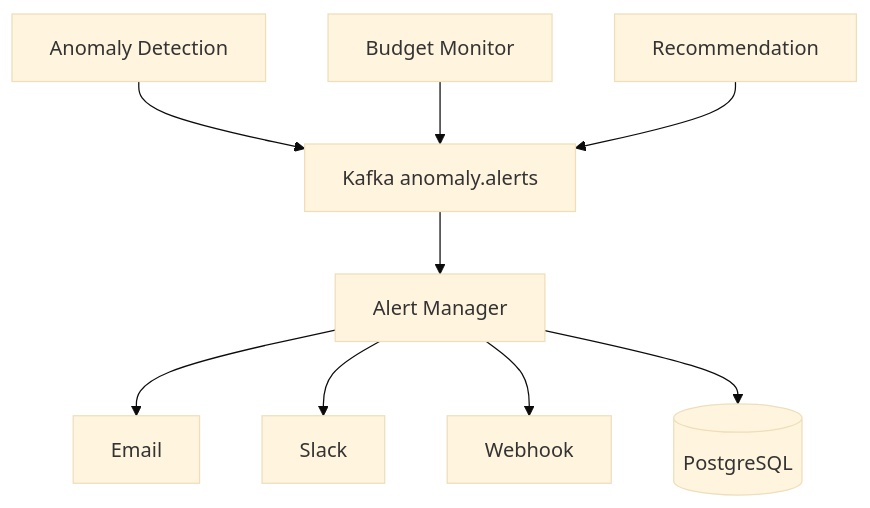
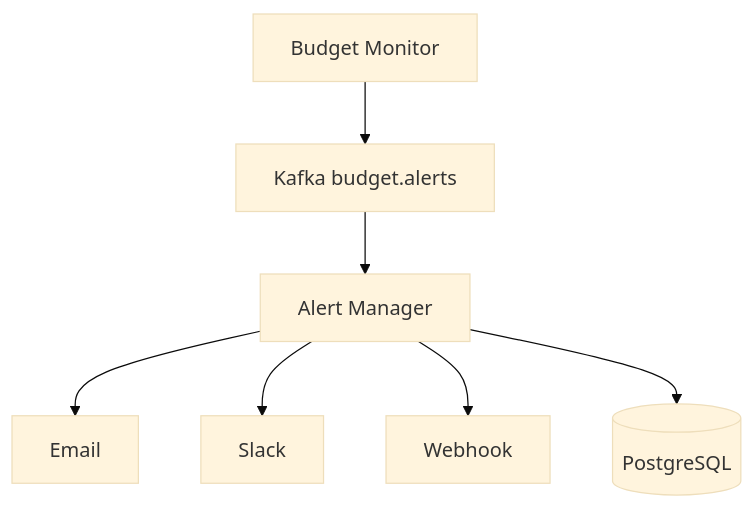
One commit to vlds-git/finops-platform changed the sixth of 6 diagrams in docs/ARCHITECTURE.md. Above: the diagram before and after it, drawn with Mermaid (base theme). The commit also changed other lines of this file and 9 other files, not shown here.

Commit message:
docs: cria ROADMAP.md e atualiza arquitetura, admin, deploy, UI, manifest, security e troubleshooting para versão atual

````diff
--- a/docs/ARCHITECTURE.md
+++ b/docs/ARCHITECTURE.md
@@ -162,11 +148,9 @@
 ```mermaid
 graph TB
-    A[Anomaly Detection] --> K[Kafka anomaly.alerts]
-    B[Budget Monitor] --> K
-    C[Recommendation] --> K
+    B[Budget Monitor] --> K[Kafka budget.alerts]
     K --> AM[Alert Manager]
     AM --> E[Email]
     AM --> S[Slack]
     AM --> W[Webhook]
     AM --> PG[(PostgreSQL)]
 ```
````
